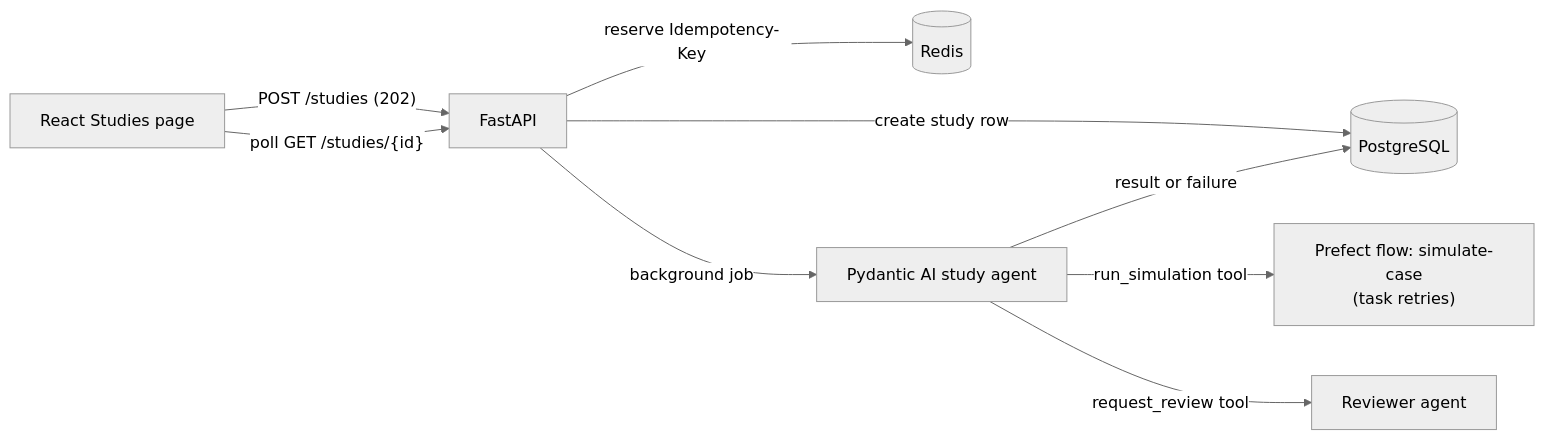
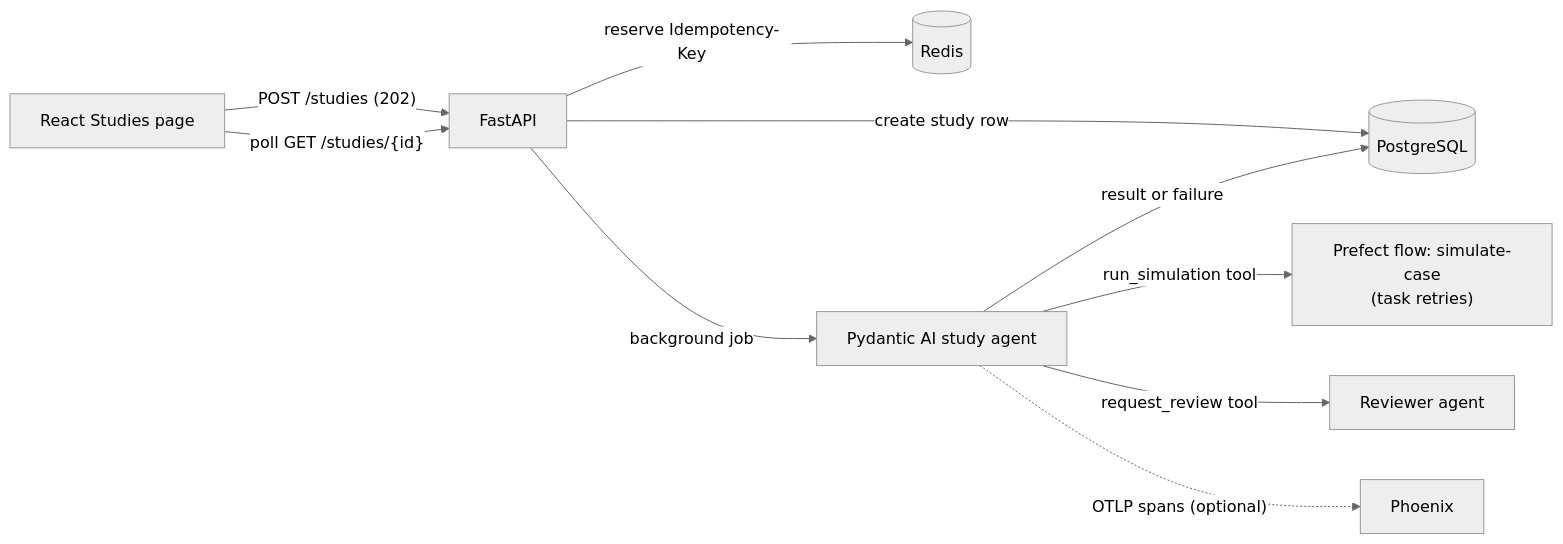
The diagram in README.md (rmvw96-spec/patch-and-pantry), drawn with Mermaid (neutral theme) before and after one commit. The commit also changed other lines of this file and 2 other files, not shown here.

````diff
--- a/README.md
+++ b/README.md
@@ -27,11 +29,12 @@
 ```mermaid
 flowchart LR
     UI["React Studies page"] -->|"POST /studies (202)"| API["FastAPI"]
     UI -->|"poll GET /studies/{id}"| API
     API -->|"reserve Idempotency-Key"| Redis[("Redis")]
     API -->|"create study row"| PG[("PostgreSQL")]
     API -->|"background job"| Agent["Pydantic AI study agent"]
     Agent -->|"run_simulation tool"| Flow["Prefect flow: simulate-case<br/>(task retries)"]
     Agent -->|"request_review tool"| Reviewer["Reviewer agent"]
     Agent -->|"result or failure"| PG
+    Agent -.->|"OTLP spans (optional)"| Phoenix["Phoenix"]
 ```
````
